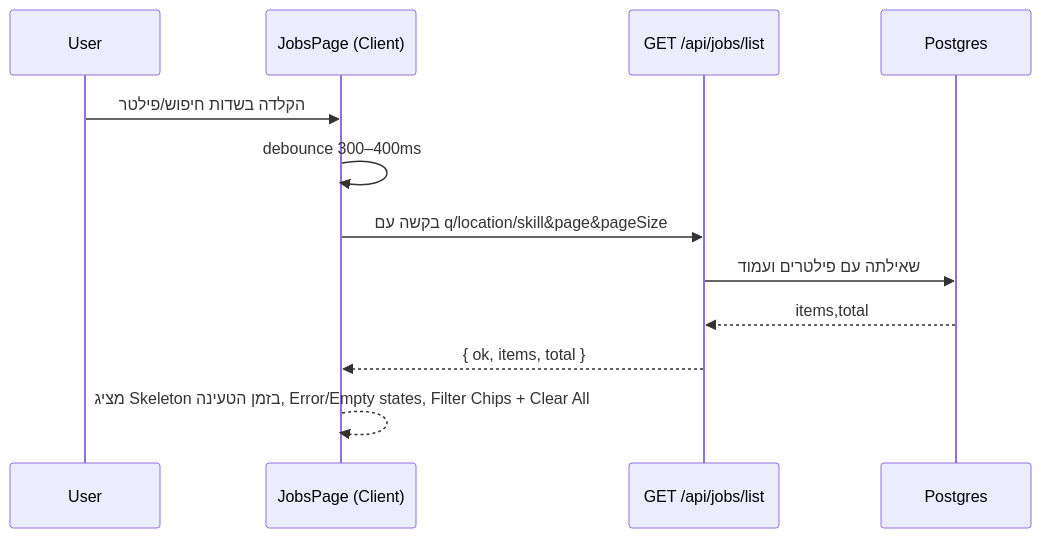
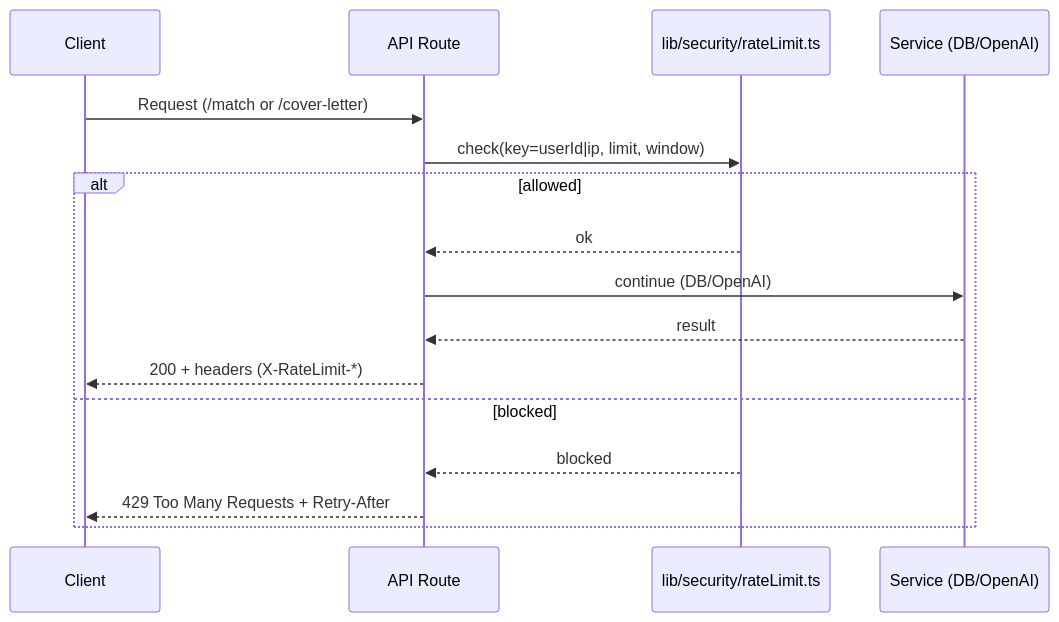
Before and after one commit to itayshabtay452/job-ai-app: the first of 2 diagrams in README.md, drawn with Mermaid. The commit also changed other lines of this file, not shown here.

````diff
--- a/README.md
+++ b/README.md
@@ -41,15 +44,19 @@
 ```mermaid
 sequenceDiagram
-  participant U as User
-  participant FE as JobsPage (Client)
-  participant API as GET /api/jobs/list
-  participant DB as Postgres
+  participant C as Client
+  participant API as API Route
+  participant RL as lib/security/rateLimit.ts
+  participant S as Service (DB/OpenAI)
 
-  U->>FE: הקלדה בשדות חיפוש/פילטר
-  FE->>FE: debounce 300–400ms
-  FE->>API: בקשה עם q/location/skill&page&pageSize
-  API->>DB: שאילתה עם פילטרים ועמוד
-  DB-->>API: items,total
-  API-->>FE: { ok, items, total }
-  FE-->>FE: מציג Skeleton בזמן הטעינה, Error/Empty states, Filter Chips + Clear All
+  C->>API: Request (/match or /cover-letter)
+  API->>RL: check(key=userId|ip, limit, window)
+  alt allowed
+    RL-->>API: ok
+    API->>S: continue (DB/OpenAI)
+    S-->>API: result
+    API-->>C: 200 + headers (X-RateLimit-*)
+  else blocked
+    RL-->>API: blocked
+    API-->>C: 429 Too Many Requests + Retry-After
+  end
 ```
````
